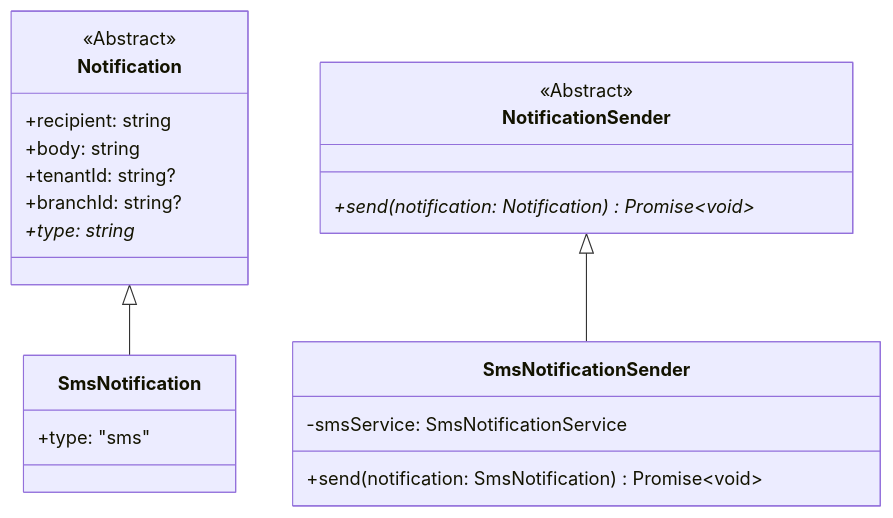
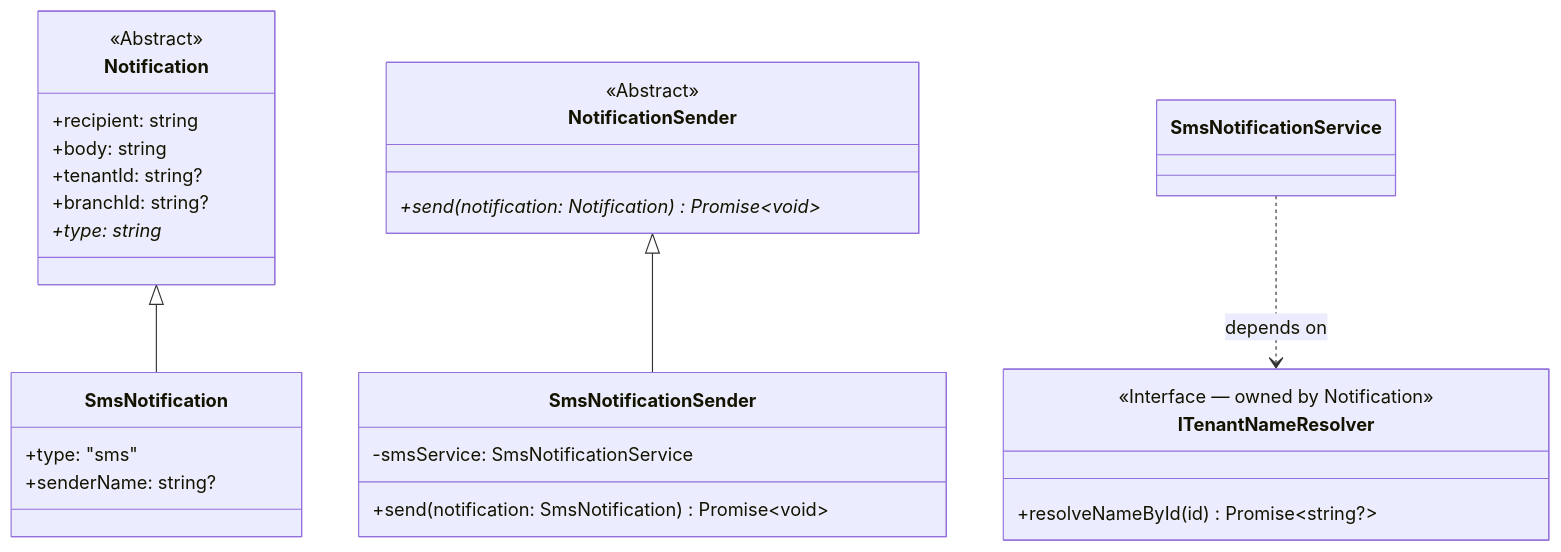
One commit to weblabtm/DSMS-Server changed the diagram in src/modules/Notification/docs/developer-guide.md. Above: the diagram before and after it, drawn with Mermaid. The commit also changed other lines of this file and 13 other files, not shown here.

Commit message:
feat: implement Twilio SMS provider with support for alphanumeric sender IDs and associated notification services

````diff
--- a/src/modules/Notification/docs/developer-guide.md
+++ b/src/modules/Notification/docs/developer-guide.md
@@ -21,25 +21,32 @@
 ```mermaid
 classDiagram
     class Notification {
         <<Abstract>>
         +recipient: string
         +body: string
         +tenantId: string?
         +branchId: string?
         +type: string*
     }
     class SmsNotification {
         +type: "sms"
+        +senderName: string?
     }
     Notification <|-- SmsNotification
 
     class NotificationSender {
         <<Abstract>>
         +send(notification: Notification)* Promise~void~
     }
     class SmsNotificationSender {
         -smsService: SmsNotificationService
         +send(notification: SmsNotification) Promise~void~
     }
     NotificationSender <|-- SmsNotificationSender
+
+    class ITenantNameResolver {
+        <<Interface — owned by Notification>>
+        +resolveNameById(id) Promise~string?~
+    }
+    SmsNotificationService ..> ITenantNameResolver : depends on
 ```
````
